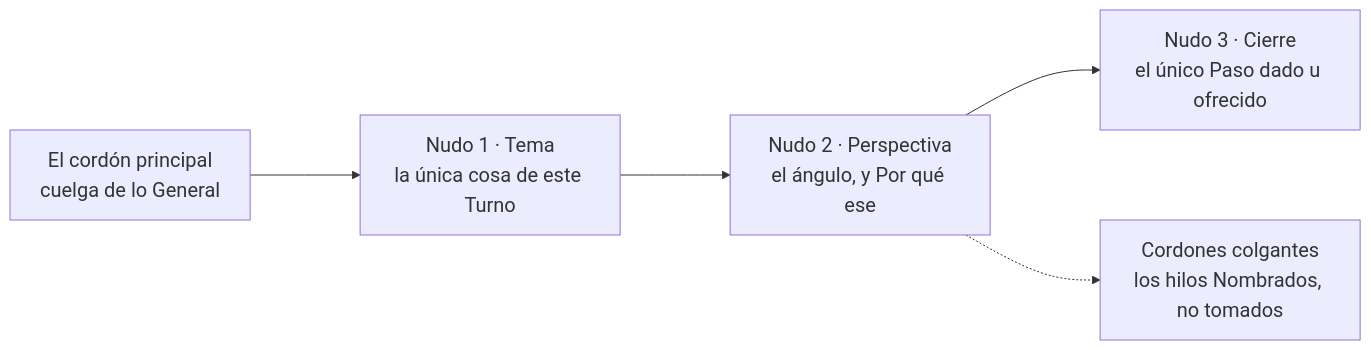
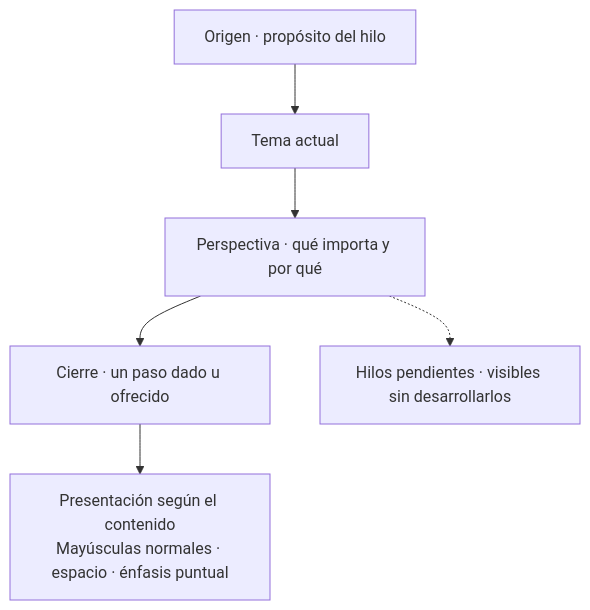
Before and after one commit to cangrejometralleta/OneTwoThree: the seventh of 11 diagrams in docs/presentation.es.md, drawn with Mermaid. The commit also changed other lines of this file and 13 other files, not shown here.

````diff
--- a/docs/presentation.es.md
+++ b/docs/presentation.es.md
@@ -255,11 +255,8 @@
 ```mermaid
-%%{init: {"flowchart": {"nodeSpacing": 90, "rankSpacing": 110}, "themeVariables": {"fontSize": "20px"}}}%%
-flowchart LR
-    CORD["El cordón principal<br/>cuelga de lo General"]
-    TOPIC["Nudo 1 · Tema<br/>la única cosa de este Turno"]
-    PERSP["Nudo 2 · Perspectiva<br/>el ángulo, y Por qué ese"]
-    CLOSE["Nudo 3 · Cierre<br/>el único Paso dado u ofrecido"]
-    LEFT["Cordones colgantes<br/>los hilos Nombrados, no tomados"]
-    CORD --> TOPIC --> PERSP --> CLOSE
-    PERSP -.-> LEFT
+flowchart TD
+    ORIGIN["Origen · propósito del hilo"] --> TOPIC["Tema actual"]
+    TOPIC --> PERSP["Perspectiva · qué importa y por qué"]
+    PERSP --> CLOSE["Cierre · un paso dado u ofrecido"]
+    CLOSE --> FORM["Presentación según el contenido<br/>Mayúsculas normales · espacio · énfasis puntual"]
+    PERSP -.-> LEFT["Hilos pendientes · visibles sin desarrollarlos"]
 ```
````
